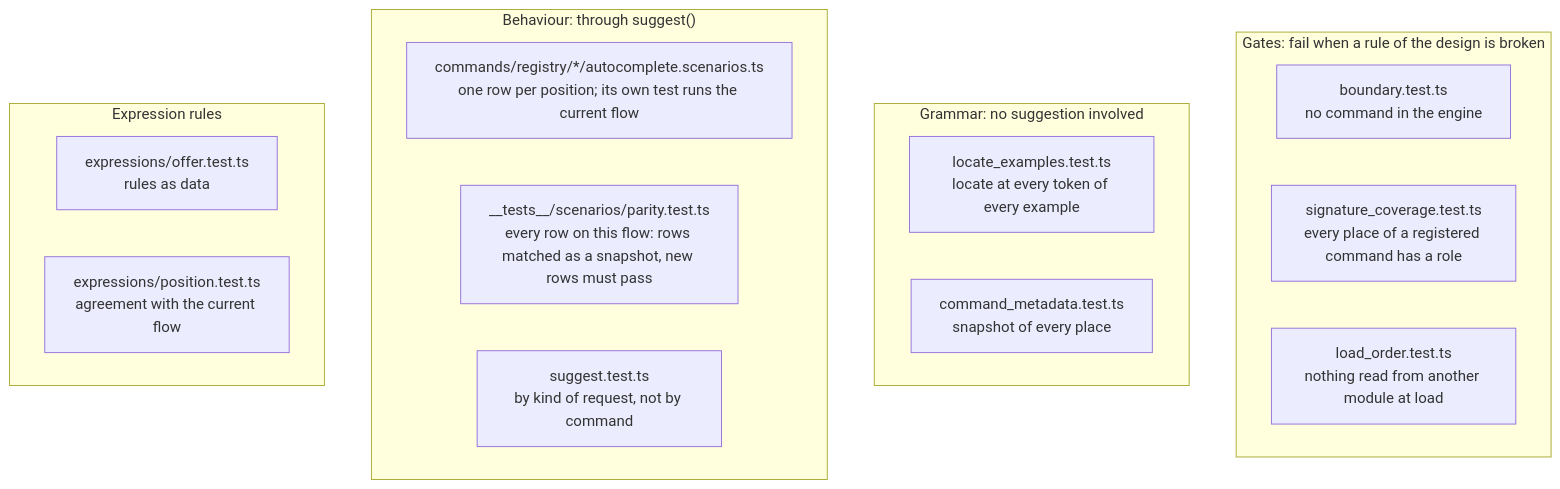
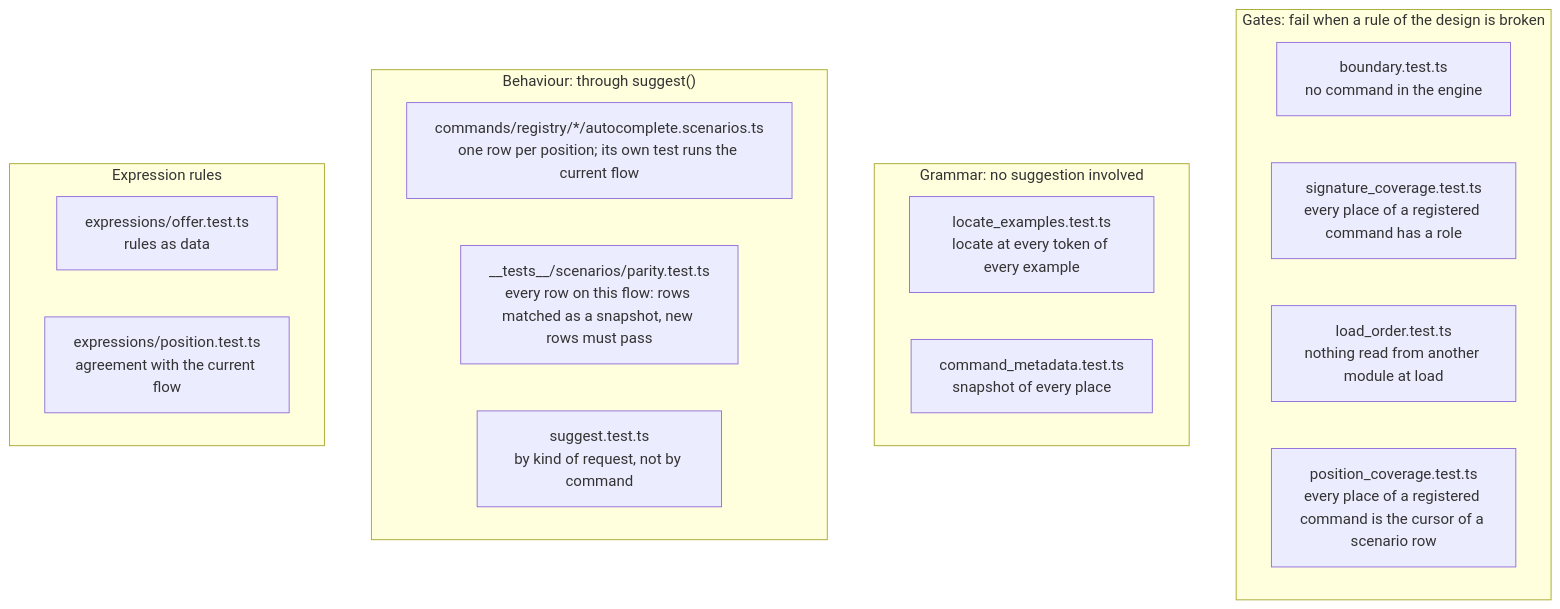
One commit to momovdg/kibana changed the second of 2 diagrams in src/platform/packages/shared/esql/kbn-esql-language/src/language/autocomplete_v2/README.md. Above: the diagram before and after it, drawn with Mermaid. The commit also changed other lines of this file and 8 other files, not shown here.

First line of the commit message:
[ES|QL] Gate: every place of a registered command is the cursor of a scenario row

````diff
--- a/src/platform/packages/shared/esql/kbn-esql-language/src/language/autocomplete_v2/README.md
+++ b/src/platform/packages/shared/esql/kbn-esql-language/src/language/autocomplete_v2/README.md
@@ -303,21 +305,22 @@
 ```mermaid
 flowchart TB
   subgraph Gates["Gates: fail when a rule of the design is broken"]
     B["boundary.test.ts<br/>no command in the engine"]
     SC["signature_coverage.test.ts<br/>every place of a registered command has a role"]
     LO["load_order.test.ts<br/>nothing read from another module at load"]
+    PC["position_coverage.test.ts<br/>every place of a registered command is the cursor of a scenario row"]
   end
   subgraph Grammar["Grammar: no suggestion involved"]
     LE["locate_examples.test.ts<br/>locate at every token of every example"]
     CM["command_metadata.test.ts<br/>snapshot of every place"]
   end
   subgraph Behaviour["Behaviour: through suggest()"]
     SCN["commands/registry/*/autocomplete.scenarios.ts<br/>one row per position; its own test runs the current flow"]
     PAR["__tests__/scenarios/parity.test.ts<br/>every row on this flow: rows matched as a snapshot, new rows must pass"]
     ST["suggest.test.ts<br/>by kind of request, not by command"]
   end
   subgraph Rules["Expression rules"]
     OT["expressions/offer.test.ts<br/>rules as data"]
     PT["expressions/position.test.ts<br/>agreement with the current flow"]
   end
 ```
````
